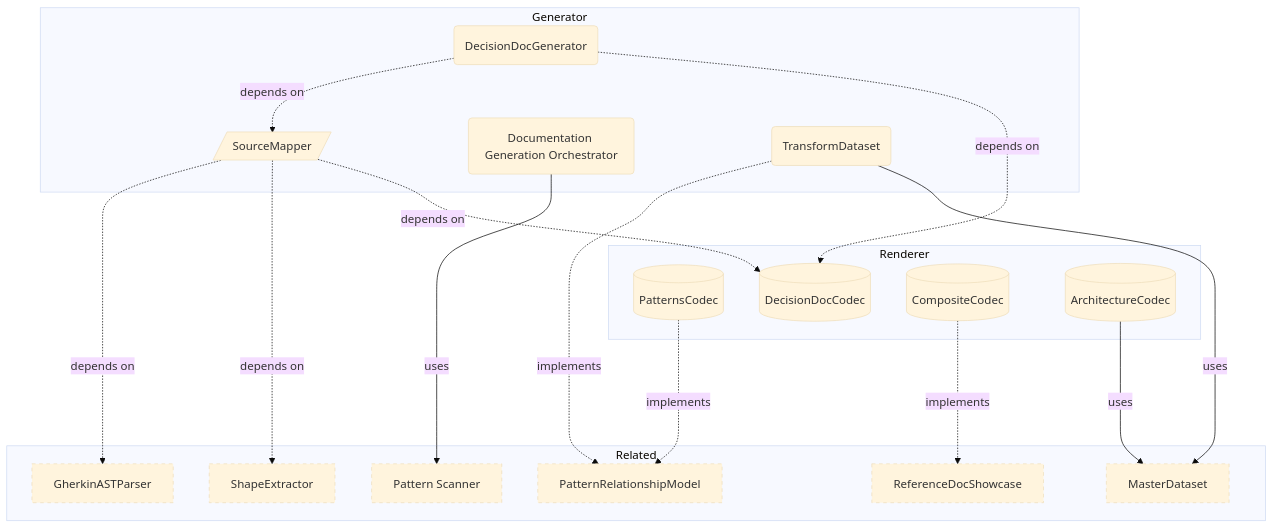
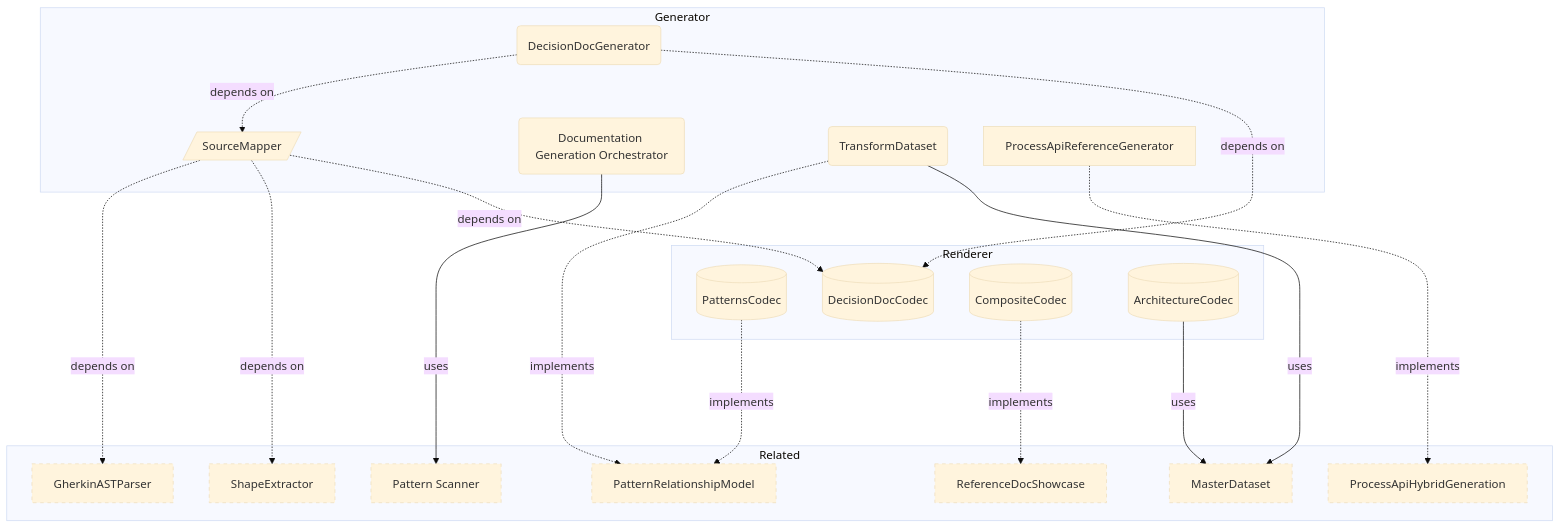
The diagram in docs-live/product-areas/GENERATION.md (libar-dev/architect), drawn with Mermaid (base theme) before and after one commit. The commit also changed 17 other files, not shown here.

First line of the commit message:
feat: implement ProcessApiHybridGeneration (Phase 43, roadmap→active)

````diff
--- a/docs-live/product-areas/GENERATION.md
+++ b/docs-live/product-areas/GENERATION.md
@@ -36,35 +36,38 @@
 ```mermaid
 graph TB
     subgraph generator["Generator"]
         SourceMapper[/"SourceMapper"/]
         Documentation_Generation_Orchestrator("Documentation Generation Orchestrator")
         TransformDataset("TransformDataset")
+        ProcessApiReferenceGenerator["ProcessApiReferenceGenerator"]
         DecisionDocGenerator("DecisionDocGenerator")
     end
     subgraph renderer["Renderer"]
         PatternsCodec[("PatternsCodec")]
         DecisionDocCodec[("DecisionDocCodec")]
         CompositeCodec[("CompositeCodec")]
         ArchitectureCodec[("ArchitectureCodec")]
     end
     subgraph related["Related"]
         MasterDataset["MasterDataset"]:::neighbor
         Pattern_Scanner["Pattern Scanner"]:::neighbor
         GherkinASTParser["GherkinASTParser"]:::neighbor
         ShapeExtractor["ShapeExtractor"]:::neighbor
         ReferenceDocShowcase["ReferenceDocShowcase"]:::neighbor
+        ProcessApiHybridGeneration["ProcessApiHybridGeneration"]:::neighbor
         PatternRelationshipModel["PatternRelationshipModel"]:::neighbor
     end
     SourceMapper -.->|depends on| DecisionDocCodec
     SourceMapper -.->|depends on| ShapeExtractor
     SourceMapper -.->|depends on| GherkinASTParser
     Documentation_Generation_Orchestrator -->|uses| Pattern_Scanner
-    TransformDataset -->|uses| MasterDataset
-    TransformDataset ..->|implements| PatternRelationshipModel
-    DecisionDocGenerator -.->|depends on| DecisionDocCodec
-    DecisionDocGenerator -.->|depends on| SourceMapper
     PatternsCodec ..->|implements| PatternRelationshipModel
     CompositeCodec ..->|implements| ReferenceDocShowcase
     ArchitectureCodec -->|uses| MasterDataset
+    TransformDataset -->|uses| MasterDataset
+    TransformDataset ..->|implements| PatternRelationshipModel
+    ProcessApiReferenceGenerator ..->|implements| ProcessApiHybridGeneration
+    DecisionDocGenerator -.->|depends on| DecisionDocCodec
+    DecisionDocGenerator -.->|depends on| SourceMapper
     classDef neighbor stroke-dasharray: 5 5
 ```
````
